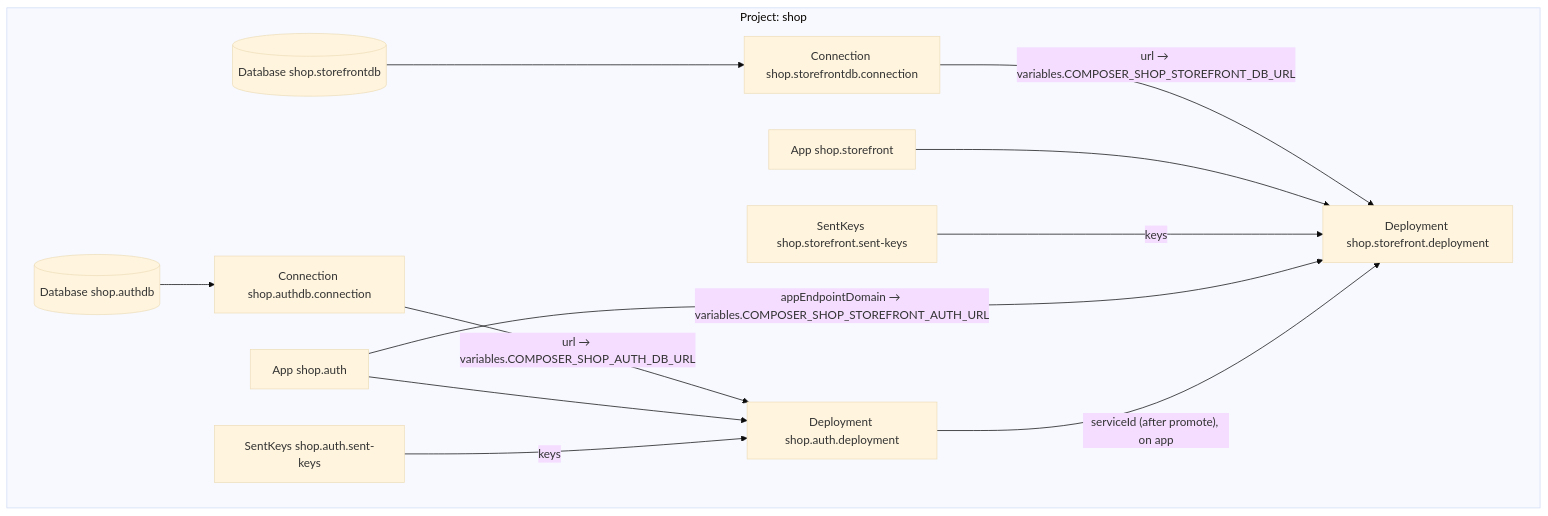
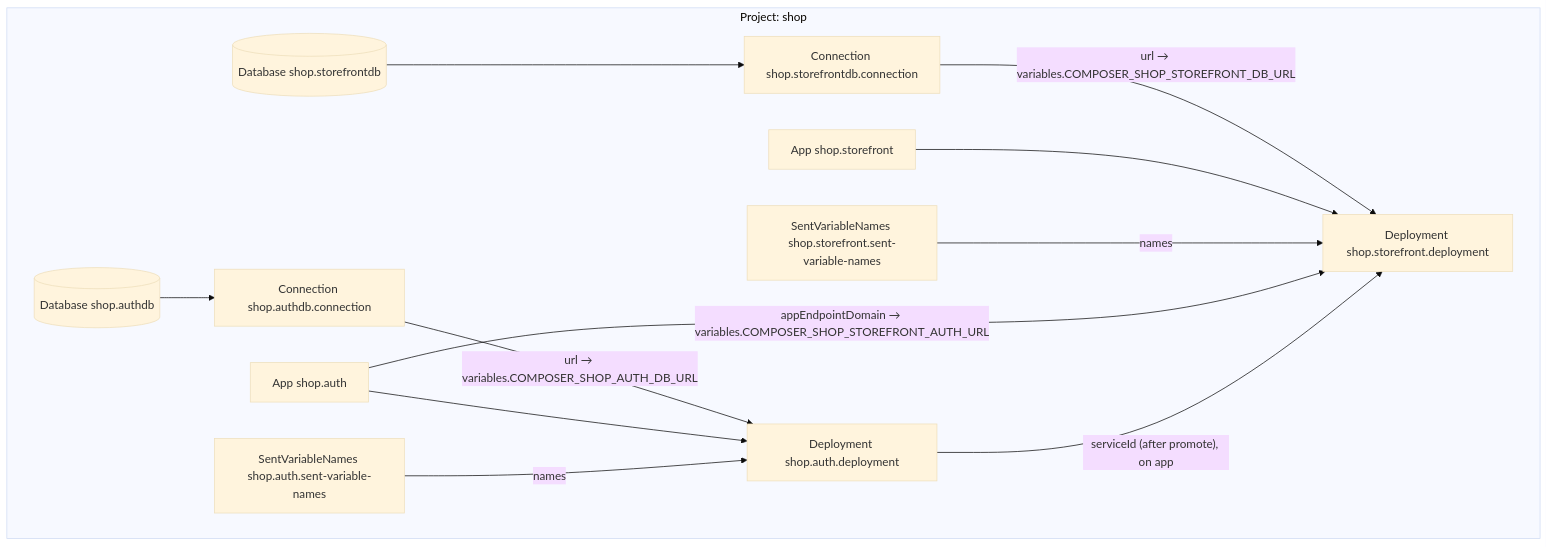
One commit to prisma/composer changed the second of 2 diagrams in docs/design/05-prisma-cloud/alchemy-lowering.md. Above: the diagram before and after it, drawn with Mermaid (base theme). The commit also changed other lines of this file and 18 other files, not shown here.

````diff
--- a/docs/design/05-prisma-cloud/alchemy-lowering.md
+++ b/docs/design/05-prisma-cloud/alchemy-lowering.md
@@ -207,13 +192,13 @@
 ```mermaid
 flowchart TB
   subgraph P [Project: shop]
     DBa[(Database shop.authdb)] --> Ca[Connection shop.authdb.connection] -- "url → variables.COMPOSER_SHOP_AUTH_DB_URL" --> Da
     DBs[(Database shop.storefrontdb)] --> Cs[Connection shop.storefrontdb.connection] -- "url → variables.COMPOSER_SHOP_STOREFRONT_DB_URL" --> Ds
     Sa[App shop.auth] --> Da[Deployment shop.auth.deployment]
     Ss[App shop.storefront] --> Ds[Deployment shop.storefront.deployment]
-    Ka[SentKeys shop.auth.sent-keys] -- keys --> Da
-    Ks[SentKeys shop.storefront.sent-keys] -- keys --> Ds
+    Ka[SentVariableNames shop.auth.sent-variable-names] -- names --> Da
+    Ks[SentVariableNames shop.storefront.sent-variable-names] -- names --> Ds
     Sa -- "appEndpointDomain → variables.COMPOSER_SHOP_STOREFRONT_AUTH_URL" --> Ds
     Da -- "serviceId (after promote), on app" --> Ds
   end
 ```
````
